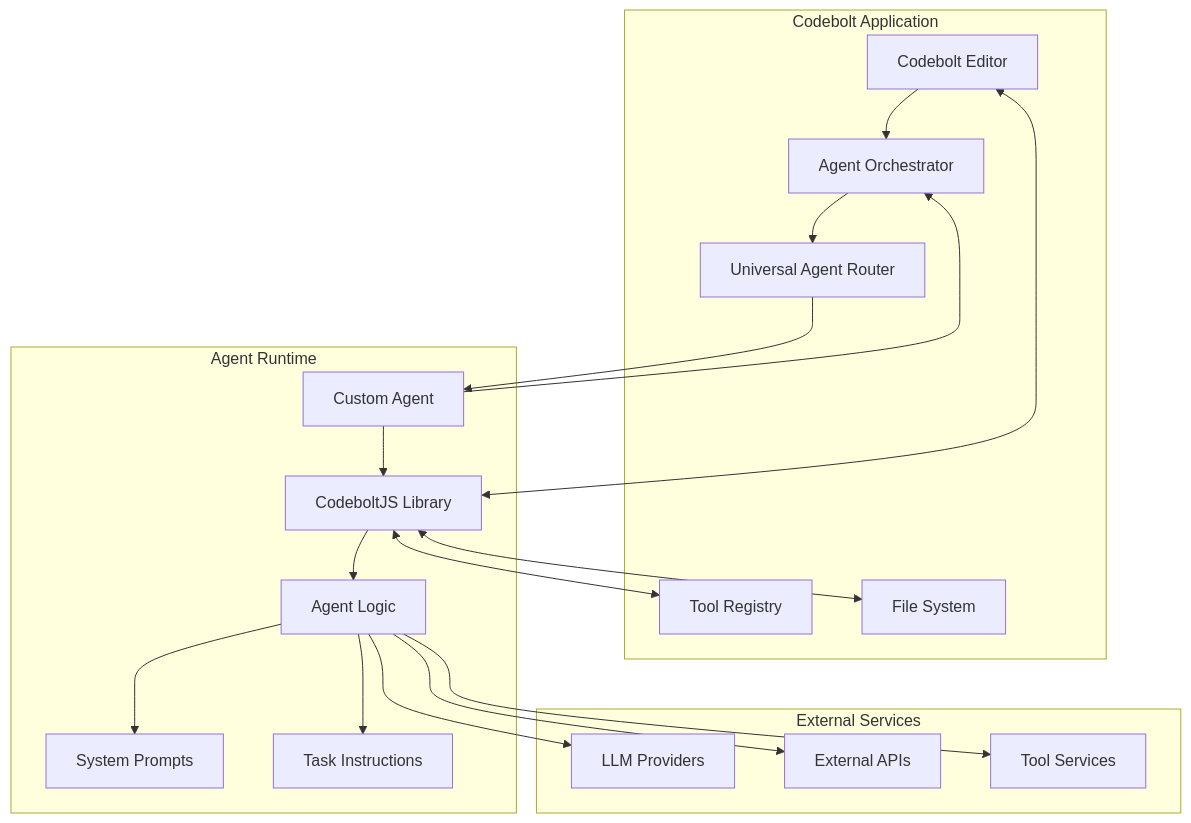
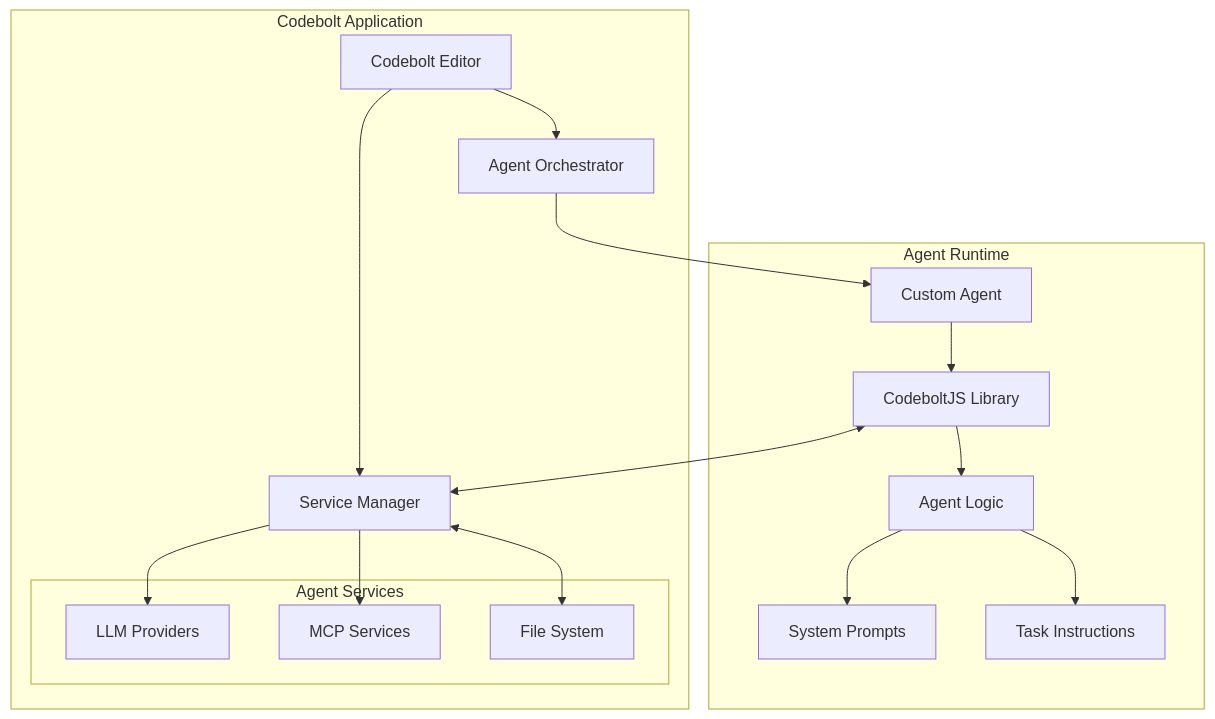
The first of 2 diagrams in docs/developer/agents/agentIntroduction.md (codeboltai/codeboltai.github.io), drawn with Mermaid before and after one commit. The commit also changed other lines of this file and 3 other files, not shown here.

Commit message:
updated the flow

````diff
--- a/docs/developer/agents/agentIntroduction.md
+++ b/docs/developer/agents/agentIntroduction.md
@@ -35,42 +35,35 @@
 ```mermaid
 graph TB
     subgraph "Codebolt Application"
         A[Codebolt Editor] 
         B[Agent Orchestrator]
-        C[Universal Agent Router]
-        D[Tool Registry]
-        E[File System]
+        C[Service Manager]
+
+         subgraph "Agent Services"
+            K[LLM Providers]
+            M[MCP Services]
+            E[File System]
+        end
     end
     
     subgraph "Agent Runtime"
         F[Custom Agent]
         G[CodeboltJS Library]
         H[Agent Logic]
         I[System Prompts]
         J[Task Instructions]
     end
-    
-    subgraph "External Services"
-        K[LLM Providers]
-        L[External APIs]
-        M[Tool Services]
-    end
-    
     A --> B
-    B --> C
-    C --> F
+    A --> C
     F --> G
     G --> H
     H --> I
     H --> J
     
-    G <--> A
-    G <--> D
-    G <--> E
+    G <--> C
     
-    H --> K
-    H --> L
-    H --> M
-    
-    F --> B
+    C <--> E
+    C --> K
+    C --> M
+    B --> F
 ```
````
